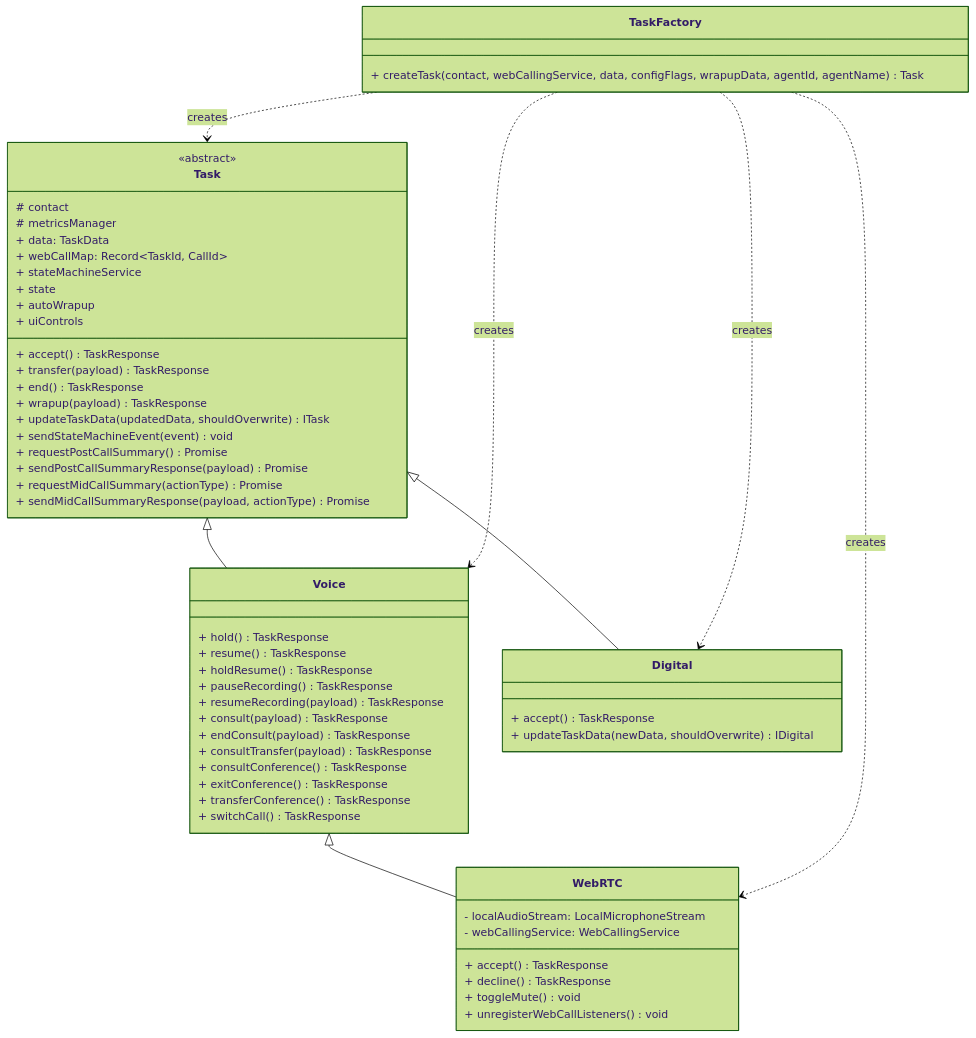
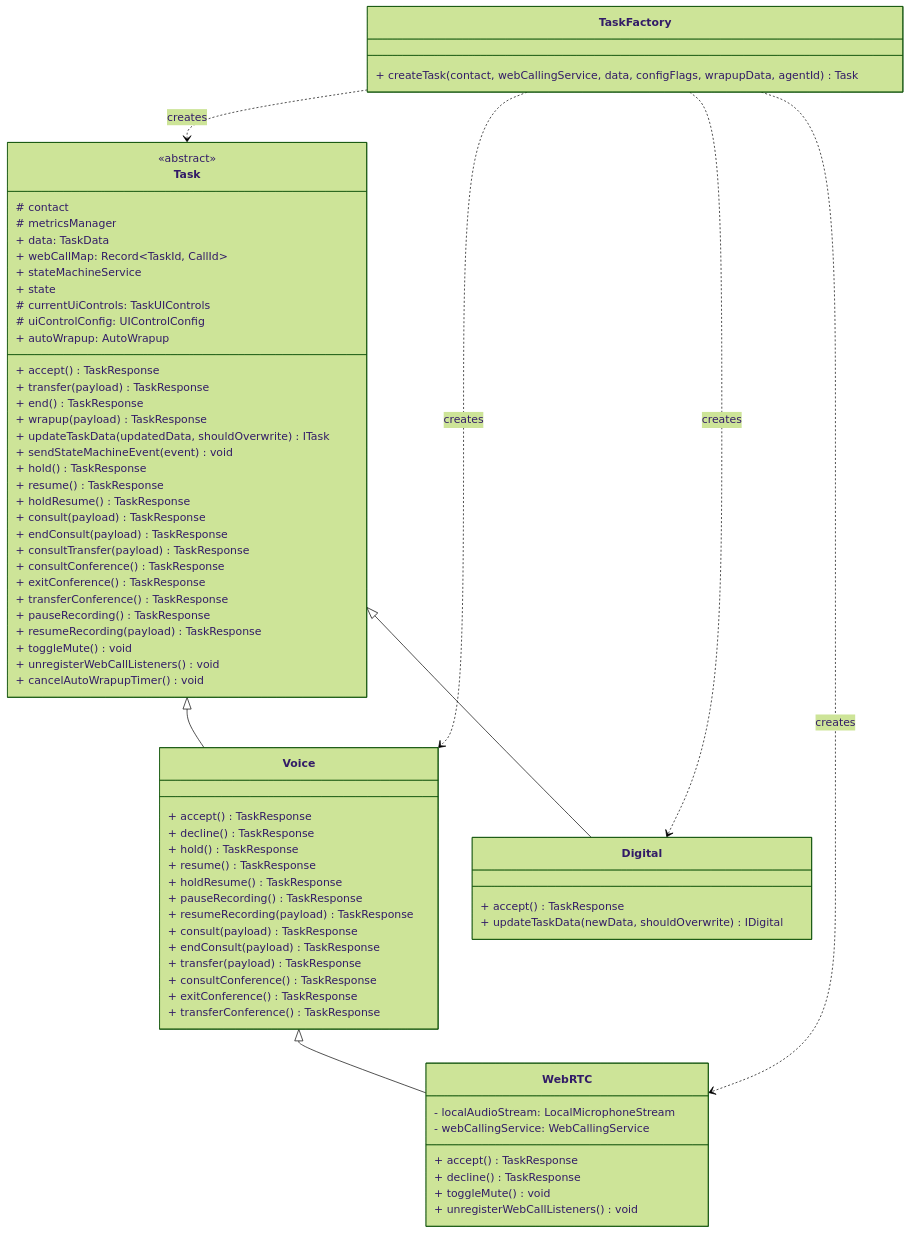
The first of 4 diagrams in packages/@webex/contact-center/src/services/task/ai-docs/ARCHITECTURE.md (webex/webex-js-sdk), drawn with Mermaid (forest theme) before and after one commit. The commit also changed other lines of this file and 12 other files, not shown here.

Commit message:
fix(contact-center): address summary review feedback

````diff
--- a/packages/@webex/contact-center/src/services/task/ai-docs/ARCHITECTURE.md
+++ b/packages/@webex/contact-center/src/services/task/ai-docs/ARCHITECTURE.md
@@ -93,65 +113,78 @@
 ```mermaid
 classDiagram
     class Task {
       <<abstract>>
       # contact
       # metricsManager
       + data: TaskData
       + webCallMap: Record~TaskId, CallId~
       + stateMachineService
       + state
-      + autoWrapup
-      + uiControls
+      # currentUiControls: TaskUIControls
+      # uiControlConfig: UIControlConfig
+      + autoWrapup: AutoWrapup
       + accept() TaskResponse
       + transfer(payload) TaskResponse
       + end() TaskResponse
       + wrapup(payload) TaskResponse
       + updateTaskData(updatedData, shouldOverwrite) ITask
       + sendStateMachineEvent(event) void
-      + requestPostCallSummary() Promise
-      + sendPostCallSummaryResponse(payload) Promise
-      + requestMidCallSummary(actionType) Promise
-      + sendMidCallSummaryResponse(payload, actionType) Promise
+      + hold() TaskResponse
+      + resume() TaskResponse
+      + holdResume() TaskResponse
+      + consult(payload) TaskResponse
+      + endConsult(payload) TaskResponse
+      + consultTransfer(payload) TaskResponse
+      + consultConference() TaskResponse
+      + exitConference() TaskResponse
+      + transferConference() TaskResponse
+      + pauseRecording() TaskResponse
+      + resumeRecording(payload) TaskResponse
+      + toggleMute() void
+      + unregisterWebCallListeners() void
+      + cancelAutoWrapupTimer() void
     }
 
     class Voice {
+      + accept() TaskResponse
+      + decline() TaskResponse
       + hold() TaskResponse
       + resume() TaskResponse
       + holdResume() TaskResponse
       + pauseRecording() TaskResponse
       + resumeRecording(payload) TaskResponse
       + consult(payload) TaskResponse
       + endConsult(payload) TaskResponse
-      + consultTransfer(payload) TaskResponse
+      + transfer(payload) TaskResponse
       + consultConference() TaskResponse
       + exitConference() TaskResponse
       + transferConference() TaskResponse
-      + switchCall() TaskResponse
     }
 
     class WebRTC {
       - localAudioStream: LocalMicrophoneStream
       - webCallingService: WebCallingService
       + accept() TaskResponse
       + decline() TaskResponse
       + toggleMute() void
       + unregisterWebCallListeners() void
     }
 
     class Digital {
       + accept() TaskResponse
       + updateTaskData(newData, shouldOverwrite) IDigital
     }
 
     class TaskFactory {
-      + createTask(contact, webCallingService, data, configFlags, wrapupData, agentId, agentName) Task
+      + createTask(contact, webCallingService, data, configFlags, wrapupData, agentId) Task
     }
 
     Task <|-- Voice
     Voice <|-- WebRTC
     Task <|-- Digital
+
     TaskFactory ..> Task : creates
     TaskFactory ..> Voice : creates
     TaskFactory ..> WebRTC : creates
     TaskFactory ..> Digital : creates
 ```
````
